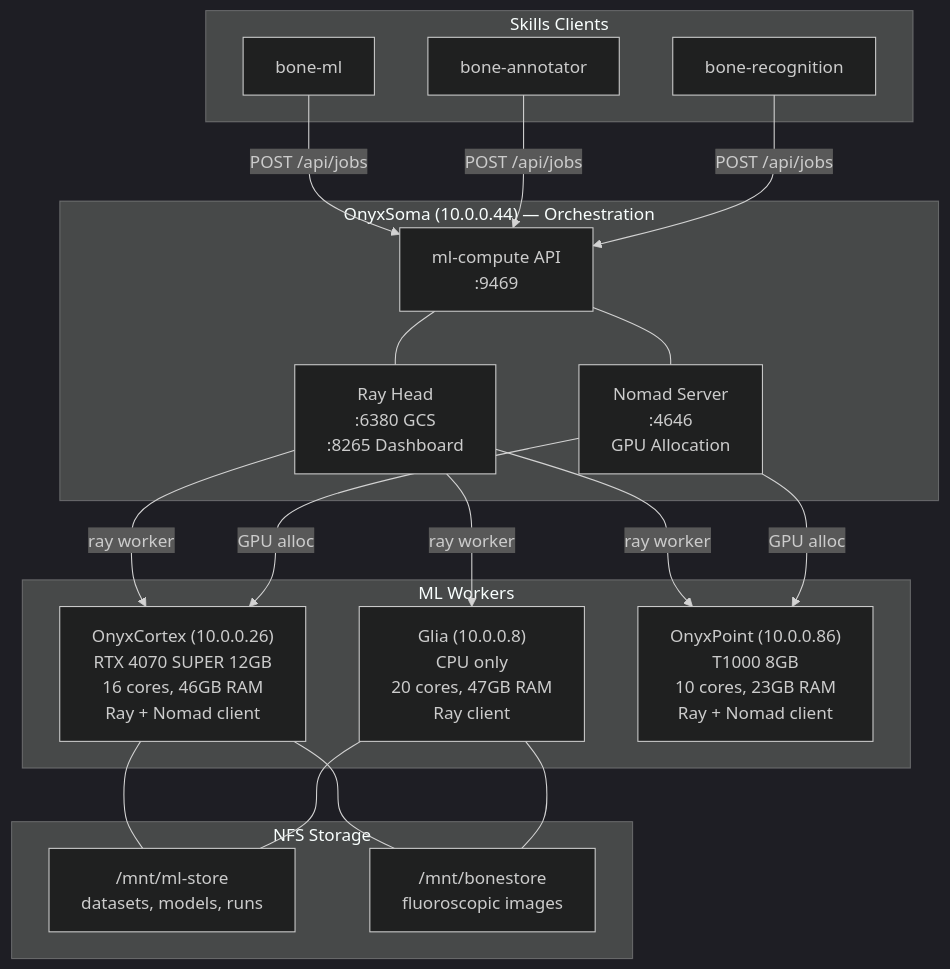
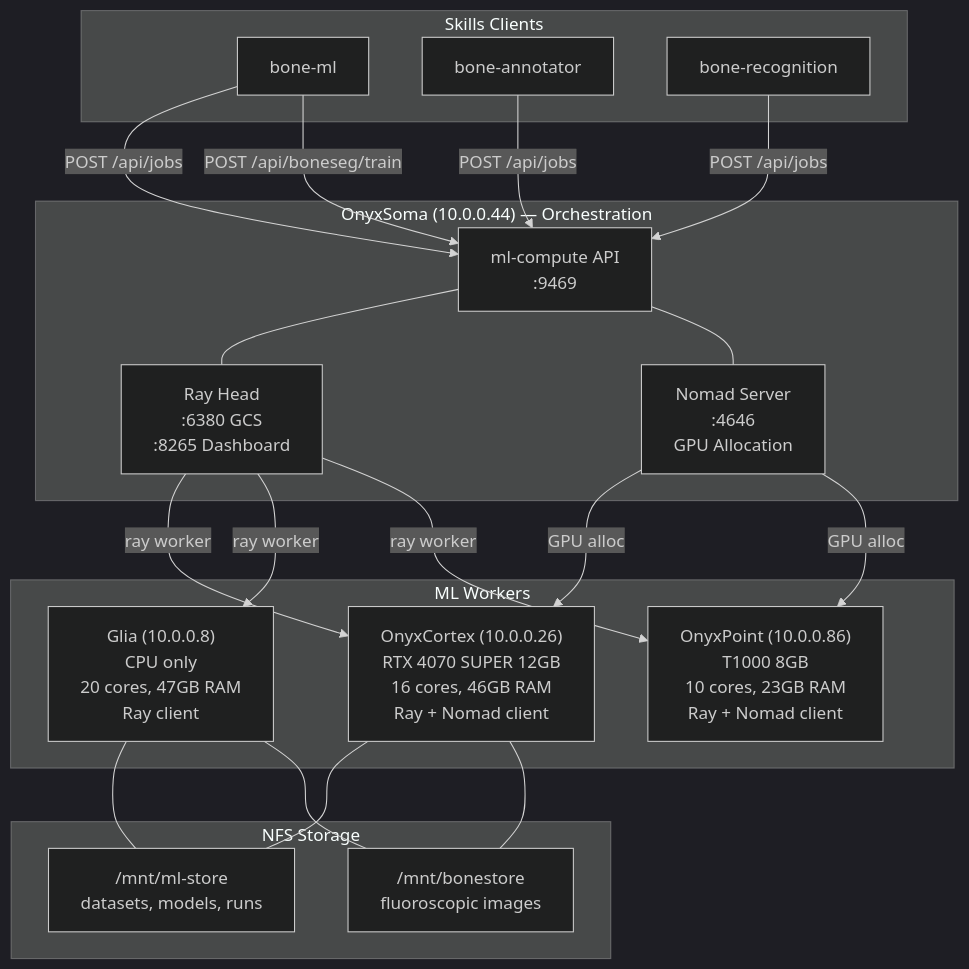
Before and after one commit to VersoVet/ml-compute: the second of 6 diagrams in DIAGRAM.md, drawn with Mermaid (dark theme). The commit also changed other lines of this file and 2 other files, not shown here.

First line of the commit message:
docs: document BoneSeg training job template

````diff
--- a/DIAGRAM.md
+++ b/DIAGRAM.md
@@ -40,42 +40,43 @@
 ```mermaid
 graph TB
     subgraph Soma["OnyxSoma (10.0.0.44) — Orchestration"]
         API["ml-compute API<br/>:9469"]
         RayHead["Ray Head<br/>:6380 GCS<br/>:8265 Dashboard"]
         NomadServer["Nomad Server<br/>:4646<br/>GPU Allocation"]
         API --- RayHead
         API --- NomadServer
     end
 
     subgraph Workers["ML Workers"]
         Cortex["OnyxCortex (10.0.0.26)<br/>RTX 4070 SUPER 12GB<br/>16 cores, 46GB RAM<br/>Ray + Nomad client"]
         Glia["Glia (10.0.0.8)<br/>CPU only<br/>20 cores, 47GB RAM<br/>Ray client"]
         OPoint["OnyxPoint (10.0.0.86)<br/>T1000 8GB<br/>10 cores, 23GB RAM<br/>Ray + Nomad client"]
     end
 
     subgraph Storage["NFS Storage"]
         MLStore["/mnt/ml-store<br/>datasets, models, runs"]
         BoneStore["/mnt/bonestore<br/>fluoroscopic images"]
     end
 
     RayHead -->|ray worker| Cortex
     RayHead -->|ray worker| Glia
     RayHead -->|ray worker| OPoint
     NomadServer -->|GPU alloc| Cortex
     NomadServer -->|GPU alloc| OPoint
 
     Cortex --- MLStore
     Cortex --- BoneStore
     Glia --- MLStore
     Glia --- BoneStore
 
     subgraph Clients["Skills Clients"]
         BoneML["bone-ml"]
         BoneAnnotator["bone-annotator"]
         BoneRec["bone-recognition"]
     end
 
     BoneML -->|POST /api/jobs| API
     BoneAnnotator -->|POST /api/jobs| API
     BoneRec -->|POST /api/jobs| API
+    BoneML -->|POST /api/boneseg/train| API
 ```
````
